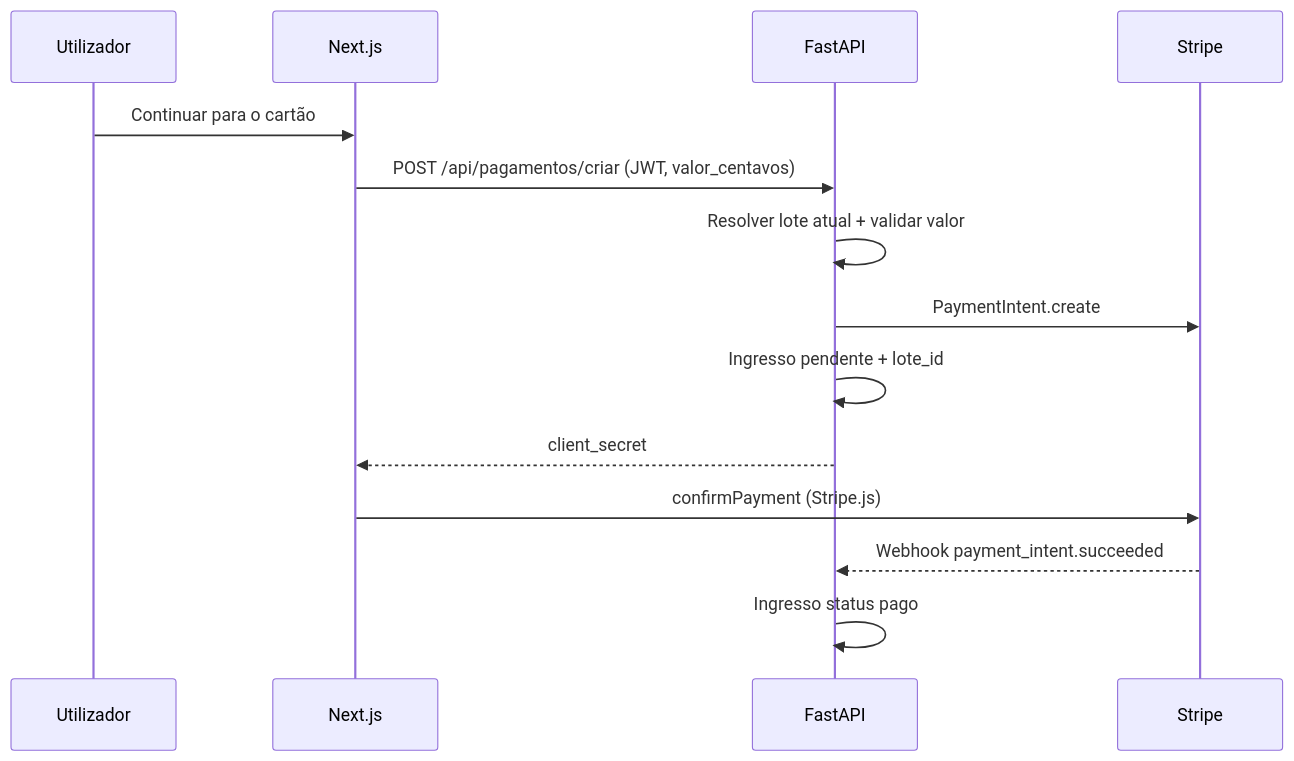
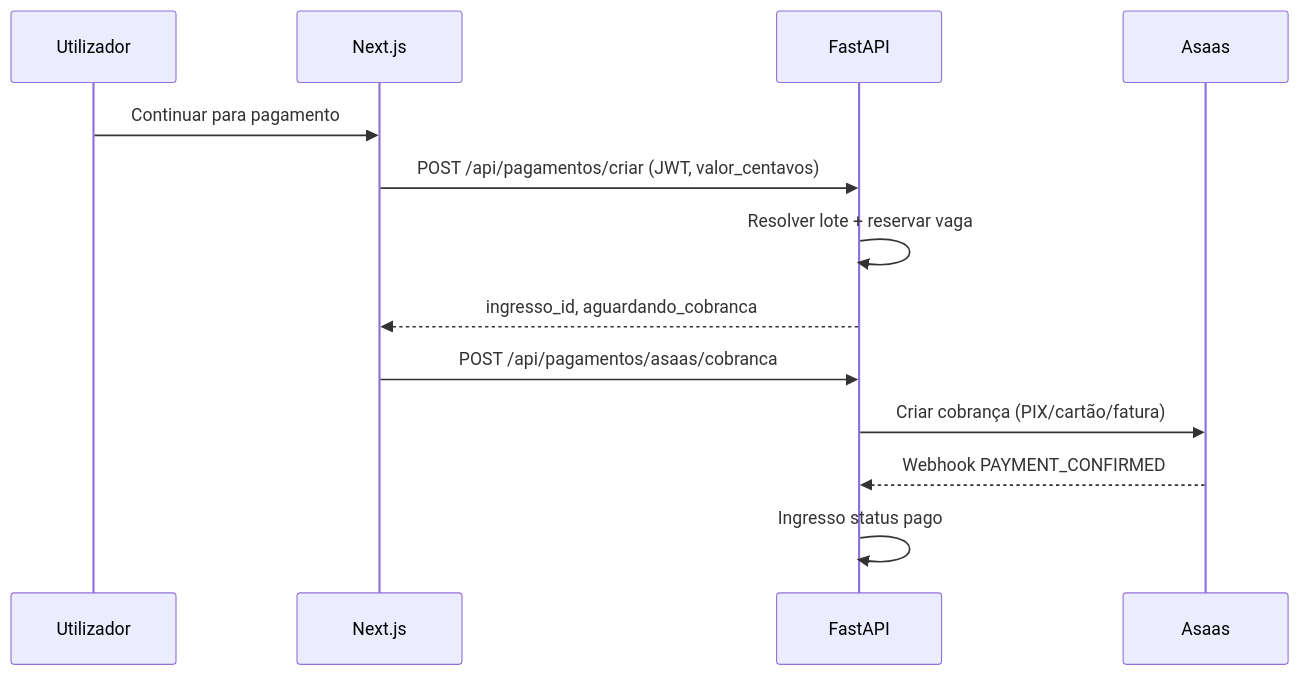
The second of 2 diagrams in docs/01-visao-geral-arquitetura.md (ortizpedroso/eventos), drawn with Mermaid before and after one commit. The commit also changed other lines of this file and 20 other files, not shown here.

First line of the commit message:
docs: atualizar referências Stripe → Asaas em todo o repositório

````diff
--- a/docs/01-visao-geral-arquitetura.md
+++ b/docs/01-visao-geral-arquitetura.md
@@ -61,16 +61,15 @@
 ```mermaid
 sequenceDiagram
   participant U as Utilizador
   participant N as Next.js
   participant A as FastAPI
-  participant S as Stripe
-  U->>N: Continuar para o cartão
+  participant AS as Asaas
+  U->>N: Continuar para pagamento
   N->>A: POST /api/pagamentos/criar (JWT, valor_centavos)
-  A->>A: Resolver lote atual + validar valor
-  A->>S: PaymentIntent.create
-  A->>A: Ingresso pendente + lote_id
-  A-->>N: client_secret
-  N->>S: confirmPayment (Stripe.js)
-  S-->>A: Webhook payment_intent.succeeded
+  A->>A: Resolver lote + reservar vaga
+  A-->>N: ingresso_id, aguardando_cobranca
+  N->>A: POST /api/pagamentos/asaas/cobranca
+  A->>AS: Criar cobrança (PIX/cartão/fatura)
+  AS-->>A: Webhook PAYMENT_CONFIRMED
   A->>A: Ingresso status pago
 ```
````
